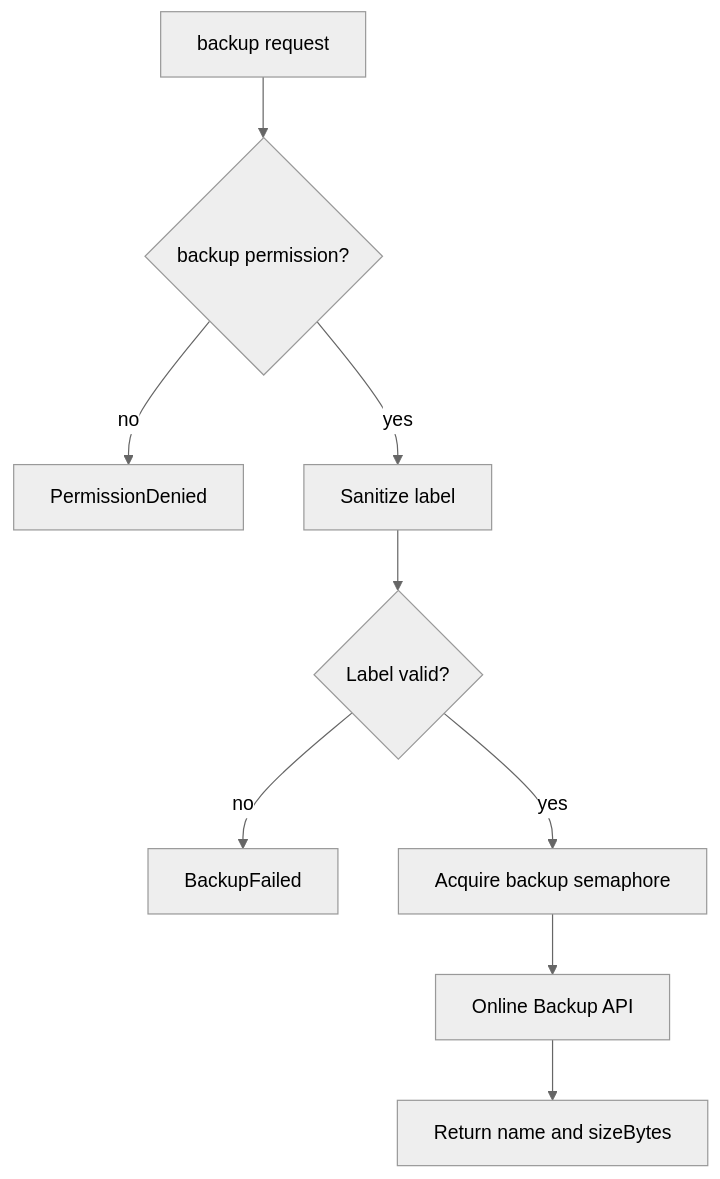
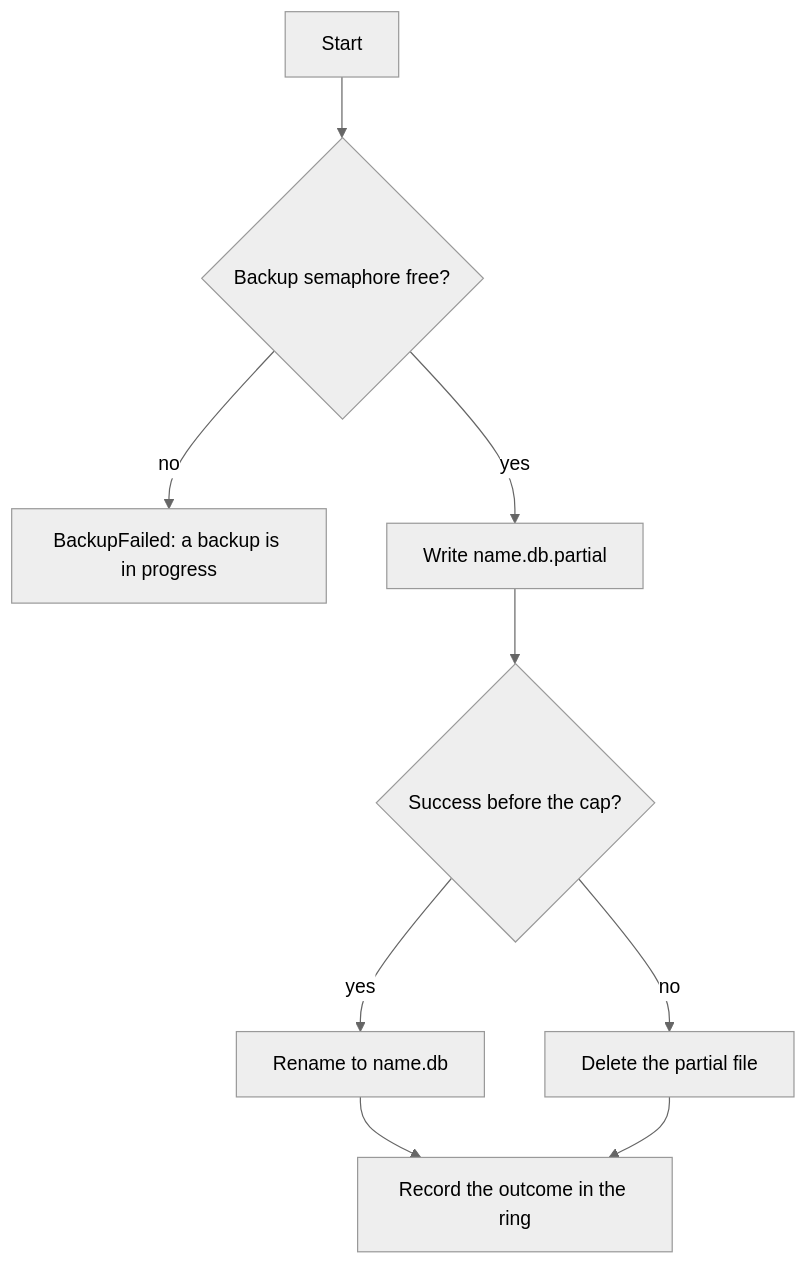
One commit to xakpc/sqlite-mcp-sidecar changed the diagram in .lode/plans/design/backups.md. Above: the diagram before and after it, drawn with Mermaid (neutral theme). The commit also changed other lines of this file and 28 other files, not shown here.

````diff
--- a/.lode/plans/design/backups.md
+++ b/.lode/plans/design/backups.md
@@ -62,11 +78,11 @@
 ```mermaid
 flowchart TD
-    req[backup request] --> perm{backup permission?}
-    perm -->|no| pd[PermissionDenied]
-    perm -->|yes| san[Sanitize label]
-    san --> ok{Label valid?}
-    ok -->|no| bf[BackupFailed]
-    ok -->|yes| sem[Acquire backup semaphore]
-    sem --> api[Online Backup API]
-    api --> resp[Return name and sizeBytes]
+    start[Start] --> sem{Backup semaphore free?}
+    sem -->|no| busy[BackupFailed: a backup is in progress]
+    sem -->|yes| part[Write name.db.partial]
+    part --> ok{Success before the cap?}
+    ok -->|yes| ren[Rename to name.db]
+    ok -->|no| del[Delete the partial file]
+    ren --> rec[Record the outcome in the ring]
+    del --> rec
 ```
````
